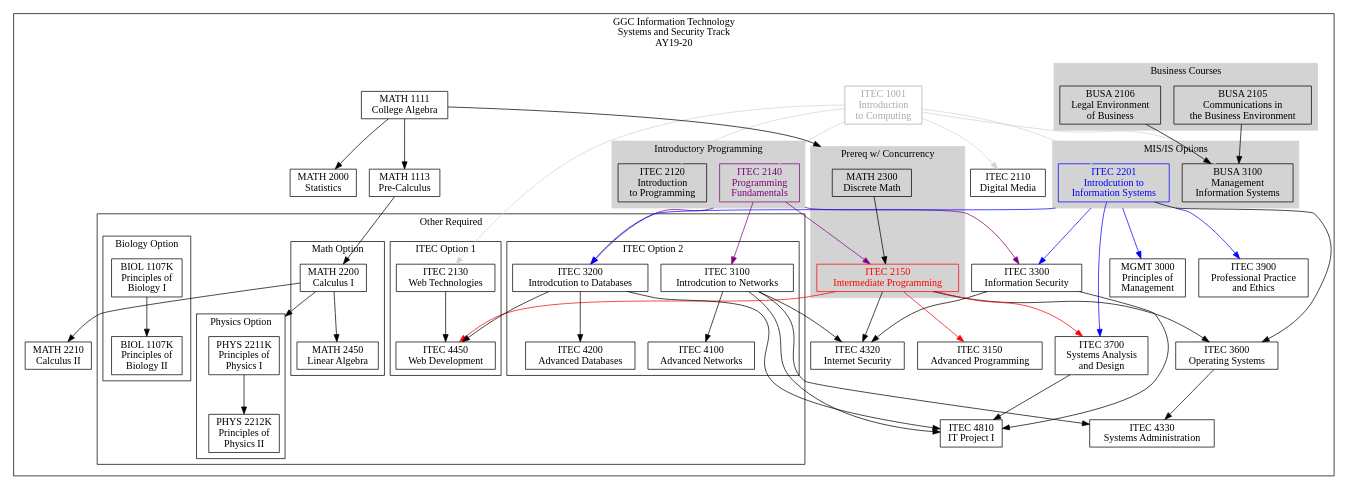
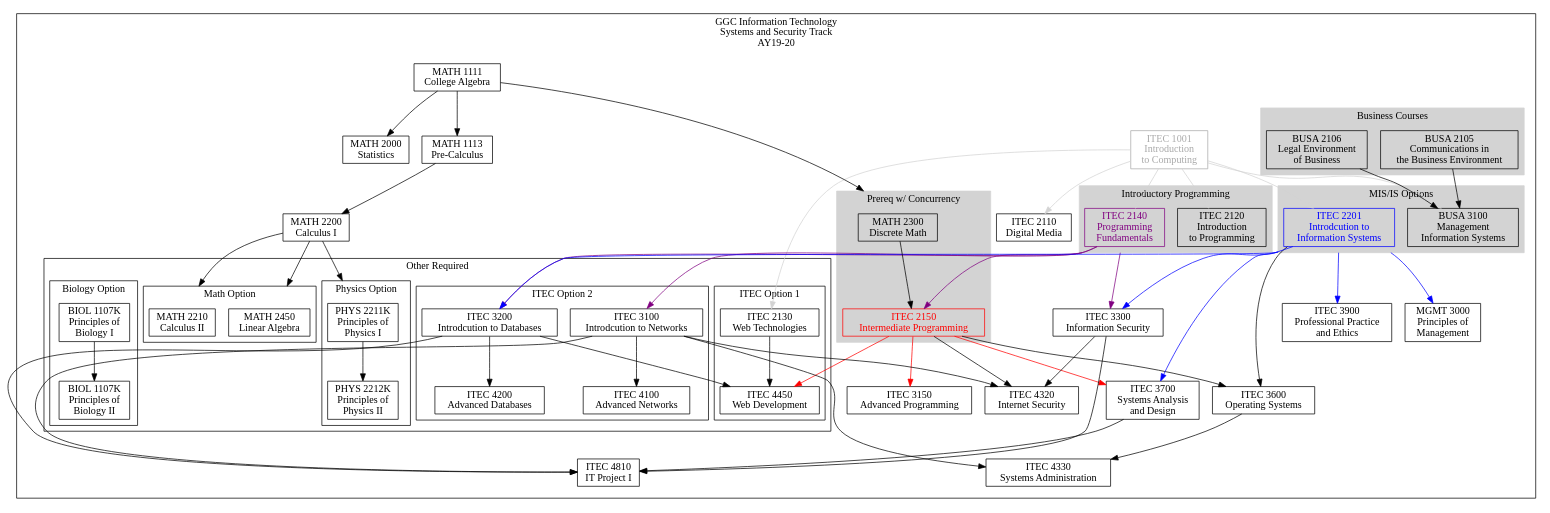
The diagram in AY19-20/SystemsSecurity.dot (rjlutz/itec-plans), drawn with Graphviz before and after one commit. The commit also changed 5 other files, not shown here.

```diff
--- a/AY19-20/SystemsSecurity.dot
+++ b/AY19-20/SystemsSecurity.dot
@@ -1,165 +1,167 @@
 digraph G {
 
     node [shape = record, fontname="Sans serif" fontsize="14"];
     compound = true //  needed to link clusters and nodes
     splines = true
     ranksep=0.75
 
      // All
     itec1001[label = "ITEC 1001\nIntroduction \nto Computing" color=darkgray fontcolor=darkgray]
     itec2110[label = "ITEC 2110\nDigital Media"]
     itec2120[label = "ITEC 2120\nIntroduction\nto Programming"]
     itec2130[label = "ITEC 2130\nWeb Technologies"]
     itec2140[label = "ITEC 2140\nProgramming \nFundamentals" color=purple fontcolor=purple]
     itec2150[label = "ITEC 2150\nIntermediate Programming" color=red fontcolor=red]
     itec2201[label = "ITEC 2201\nIntrodcution to\nInformation Systems" color=blue fontcolor=blue]
     itec3100[label = "ITEC 3100\nIntrodcution to Networks"]
     itec3200[label = "ITEC 3200\nIntrodcution to Databases"]
     itec3900[label = "ITEC 3900\nProfessional Practice\nand Ethics"]
     busa2105[label = "BUSA 2105\nCommunications in\nthe Business Environment"]
     busa2106[label = "BUSA 2106\nLegal Environment\nof Business"]
     busa3100[label = "BUSA 3100\nManagement \nInformation Systems"]
     math1111[label = "MATH 1111\nCollege Algebra"]
     math1113[label = "MATH 1113\nPre-Calculus"]
     math2300[label = "MATH 2300\nDiscrete Math"]
     math2000[label = "MATH 2000\nStatistics"]
     math2200[label = "MATH 2200\nCalculus I"]
     mgmt3000[label = "MGMT 3000\nPrinciples of\nManagement"]
 
     //Systems and Seurity
     itec3150[label = "ITEC 3150\nAdvanced Programming"]
     itec3300[label = "ITEC 3300\nInformation Security"]
     itec3600[label = "ITEC 3600\nOperating Systems"]
     itec3700[label = "ITEC 3700\nSystems Analysis\nand Design"]
     itec4100[label = "ITEC 4100\nAdvanced Networks"]
     itec4200[label = "ITEC 4200\nAdvanced Databases"]
     itec4320[label = "ITEC 4320\nInternet Security"]
     itec4330[label = "ITEC 4330\nSystems Administration"]
     itec4450[label = "ITEC 4450\nWeb Development"]
     itec4810[label = "ITEC 4810\nIT Project I"]
     math2210[label = "MATH 2210\nCalculus II"]
     math2450[label = "MATH 2450\nLinear Algebra"]
     phys2211k[label = "PHYS 2211K\nPrinciples of\nPhysics I"]
     phys2212k[label = "PHYS 2212K\nPrinciples of\nPhysics II"]
     biol1107k[label = "BIOL 1107K\nPrinciples of\nBiology I"]
     biol1108k[label = "BIOL 1107K\nPrinciples of\nBiology II"]
 
 
     subgraph clusterss {
         label="GGC Information Technology\nSystems and Security Track\nAY19-20"
 
         subgraph clusterrequired {
             label=""
             node [style=filled];
             style=filled;
 
             color="#FFFFFF";
 
             itec1001 -> itec2110  [color=lightgray]
             itec1001 -> itec2120 [color=lightgray]
             itec1001 -> itec2130 [color=lightgray]
             itec1001 -> itec2201 [color=lightgray]
             itec1001 -> busa3100 [color=lightgray]
             itec2140 -> itec2150 [color=purple]
             itec2140 -> itec3100 [color=purple]
             itec2150 -> itec3150 [lltail=clusterdiscrete color=red]
             itec2201 -> itec3200 [ltail=cluster22013100 color=blue]
             itec2140 -> itec3200 [ltail=cluster21202140 color=purple]
 
             itec2201 -> itec3300 [ltail=cluster22013100 color=blue]
             itec2140 -> itec3300 [ltail=cluster21202140 color=purple]
             itec2150 -> itec3600 
             itec2201 -> itec3600
             itec2150 -> itec4320
             itec3100 -> itec4320
             itec3300 -> itec4320
             itec3100 -> itec4330
             itec3600 -> itec4330
             itec3100 -> itec4810
             itec3200 -> itec4810
             itec3300 -> itec4810
             itec3700 -> itec4810
 
             busa2106 -> busa3100
             busa2105 -> busa3100
             itec1001 -> itec2140 [color=lightgray]
 
             itec2150 -> itec3700 [lltail=clusterdiscrete color=red]
             itec2201 -> itec3700 [color=blue]
 
             itec2201 -> itec3900 [ltail=cluster22013100 color=blue]
             itec2201 -> mgmt3000 [ltail=cluster22013100 color=blue]
 
             math1113 -> math2200
             math1111 -> math1113
             math1111 -> math2000
             math1111 -> math2300 [lhead=clusterdiscrete]
             math2200 -> math2210 [lhead=clustermathopt]
+            math2200 -> math2450 [lhead=clustermathopt]
             itec3200 -> itec4450
 
             math2200 -> phys2211k [lhead=clusterphysopt]
 
             subgraph cluster21202140 {
                 label = "Introductory Programming";
                 color=lightgrey;
                 itec2120
                 itec2140
             }
             subgraph cluster22013100 {
                 label = "MIS/IS Options";
                 color=lightgrey;
                 itec2201
                 busa3100
             }
             subgraph cluster21052106 {
                 label = "Business Courses"
                 color=lightgrey;
                 busa2105
                 busa2106
             }
             
             subgraph clusterdiscrete {
                 label = "Prereq w/ Concurrency";
                 node [style=filled];
                 style=filled;
                 color=lightgrey;
                 math2300 -> itec2150
             }
 
             subgraph clusterotherrequired {
                 label = "Other Required"
                 node [style=filled];
                 style=filled;
                 graph[style=solid]
                 color=black;
 
                 subgraph clusteritecopt1 {
                     label = "ITEC Option 1";
                     itec2130 -> itec4450
                     itec2150 -> itec4450 [color=red]
                 }
 
                 subgraph clusteritecopt2 {
                     label = "ITEC Option 2";
                     itec3100 -> itec4100
                     itec3200 -> itec4200
                 }
 
                 subgraph clusterbiolopt {
                     label = "Biology Option";
                     biol1107k -> biol1108k
                 }
 
                 subgraph clustermathopt {
                     label = "Math Option";
-                    math2200 -> math2450
+                    math2210
+                    math2450
                 }
 
                 subgraph clusterphysopt {
                     label = "Physics Option"
                     phys2211k -> phys2212k
                 }
             }
         }    
     }
 }
```
